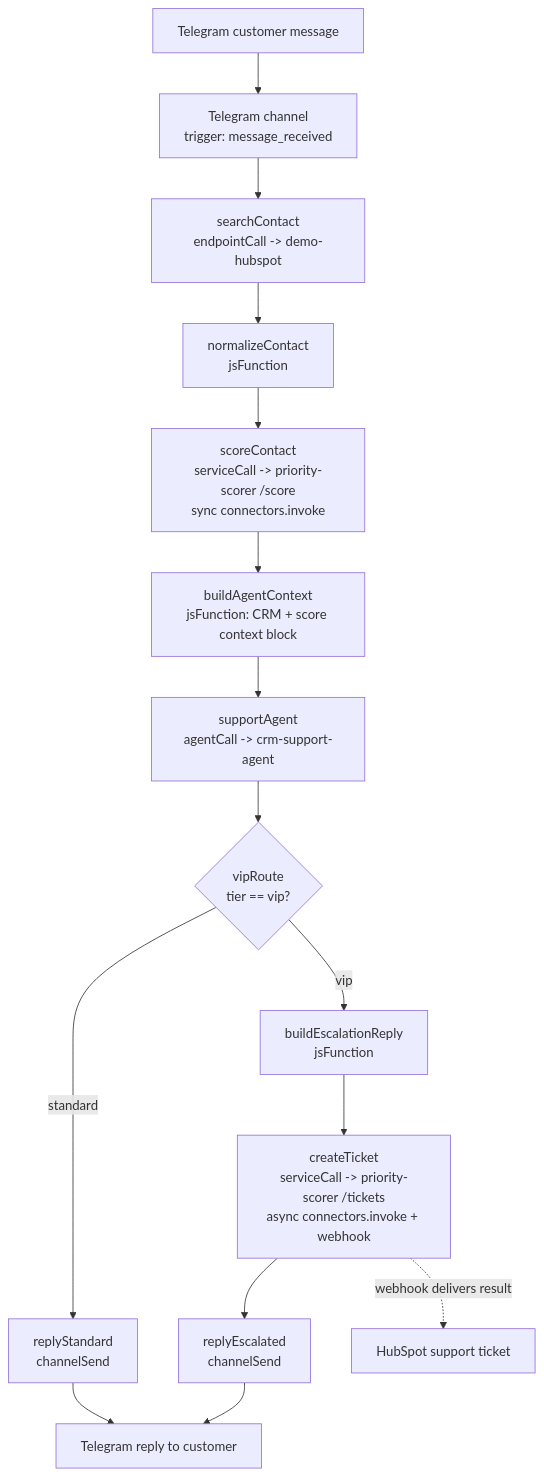
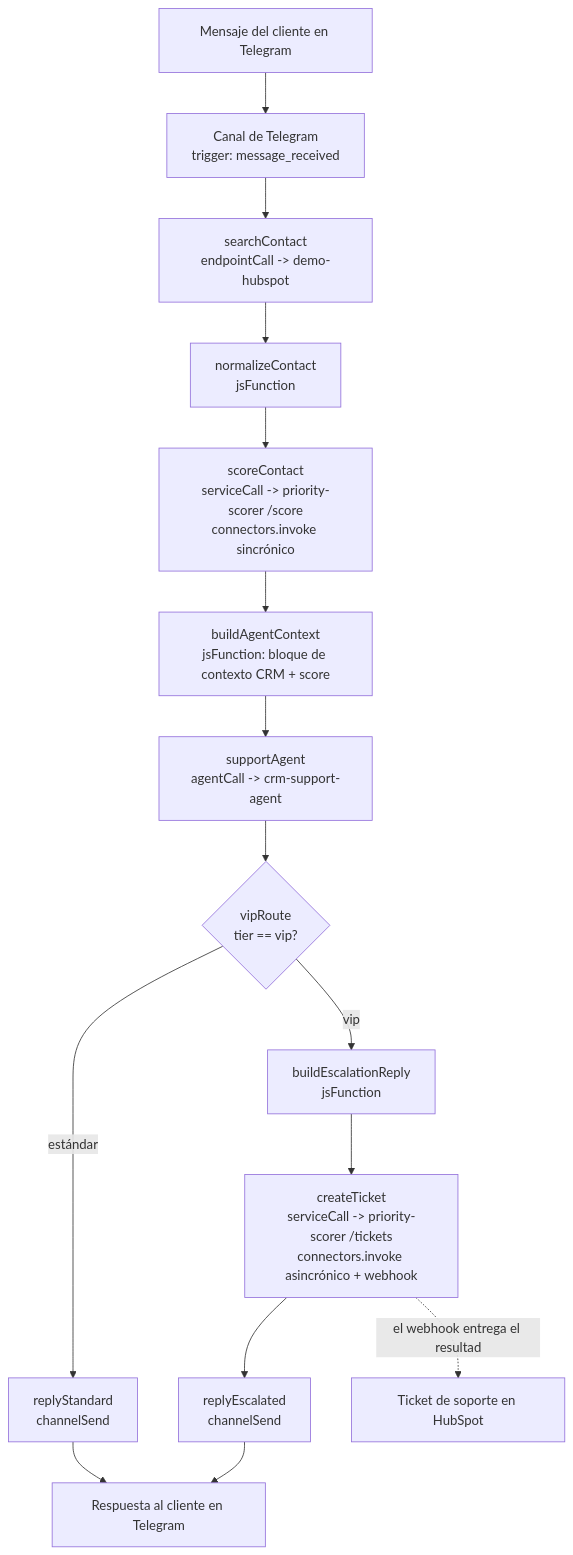
One commit to ccarnero/colloqui changed the diagram in demos/crm-support-telegram/README.md. Above: the diagram before and after it, drawn with Mermaid. The commit also changed other lines of this file and 2 other files, not shown here.

````diff
--- a/demos/crm-support-telegram/README.md
+++ b/demos/crm-support-telegram/README.md
@@ -36,17 +42,17 @@
 ```mermaid
 flowchart TD
-    A[Telegram customer message] --> B[Telegram channel<br/>trigger: message_received]
+    A[Mensaje del cliente en Telegram] --> B[Canal de Telegram<br/>trigger: message_received]
     B --> C[searchContact<br/>endpointCall -> demo-hubspot]
     C --> D[normalizeContact<br/>jsFunction]
-    D --> E[scoreContact<br/>serviceCall -> priority-scorer /score<br/>sync connectors.invoke]
-    E --> F[buildAgentContext<br/>jsFunction: CRM + score context block]
+    D --> E[scoreContact<br/>serviceCall -> priority-scorer /score<br/>connectors.invoke sincrónico]
+    E --> F[buildAgentContext<br/>jsFunction: bloque de contexto CRM + score]
     F --> G[supportAgent<br/>agentCall -> crm-support-agent]
     G --> H{vipRoute<br/>tier == vip?}
-    H -- standard --> I[replyStandard<br/>channelSend]
+    H -- estándar --> I[replyStandard<br/>channelSend]
     H -- vip --> J[buildEscalationReply<br/>jsFunction]
-    J --> K[createTicket<br/>serviceCall -> priority-scorer /tickets<br/>async connectors.invoke + webhook]
+    J --> K[createTicket<br/>serviceCall -> priority-scorer /tickets<br/>connectors.invoke asincrónico + webhook]
     K --> L[replyEscalated<br/>channelSend]
-    K -.webhook delivers result.-> M[HubSpot support ticket]
-    I --> N[Telegram reply to customer]
+    K -.el webhook entrega el resultado.-> M[Ticket de soporte en HubSpot]
+    I --> N[Respuesta al cliente en Telegram]
     L --> N
 ```
````
